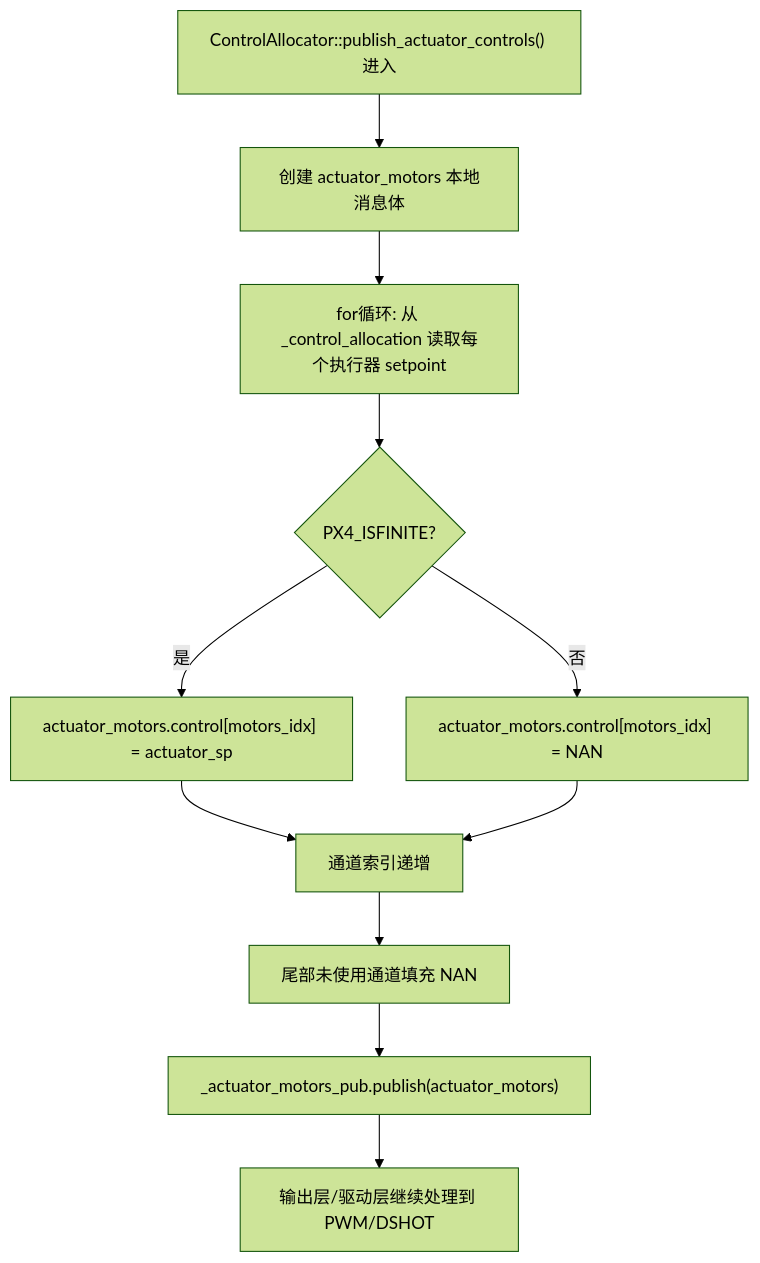
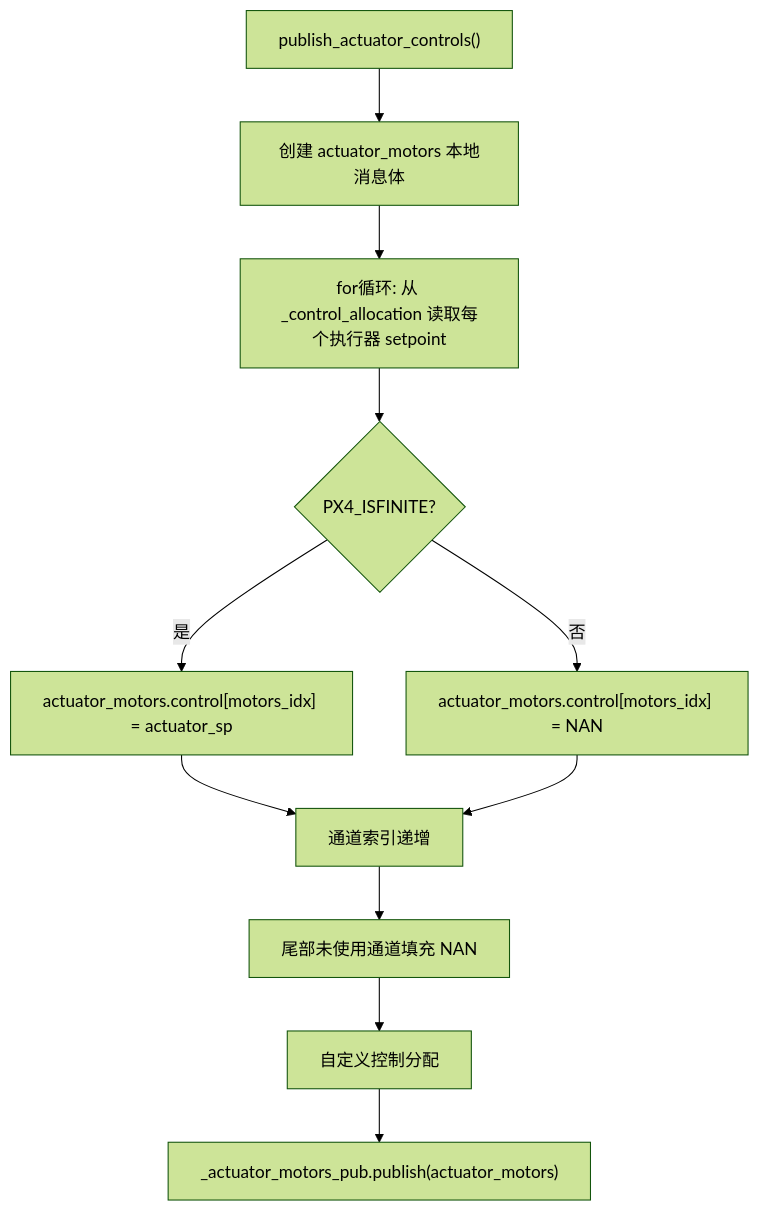
The third of 4 diagrams in 软件开发说明.md (issaccheng2008/px4_v1.16), drawn with Mermaid (forest theme) before and after one commit. The commit also changed other lines of this file, not shown here.

````diff
--- a/软件开发说明.md
+++ b/软件开发说明.md
@@ -93,16 +91,16 @@
 ```mermaid
 flowchart TB
-    A["ControlAllocator::publish_actuator_controls() 进入"] --> B["创建 actuator_motors 本地消息体"]
+    A["publish_actuator_controls()"] --> B["创建 actuator_motors 本地消息体"]
     B --> C["for循环: 从 _control_allocation 读取每个执行器 setpoint"]
 
     C --> D{"PX4_ISFINITE?"}
     D -->|是| E["actuator_motors.control[motors_idx] = actuator_sp"]
     D -->|否| F["actuator_motors.control[motors_idx] = NAN"]
 
     E --> G["通道索引递增"]
     F --> G
 
-    G --> J["尾部未使用通道填充 NAN"]
+    G --> H["尾部未使用通道填充 NAN"]
+    H --> J["自定义控制分配"]
     J --> K["_actuator_motors_pub.publish(actuator_motors)"]
-    K --> L["输出层/驱动层继续处理到 PWM/DSHOT"]
 ```
````
